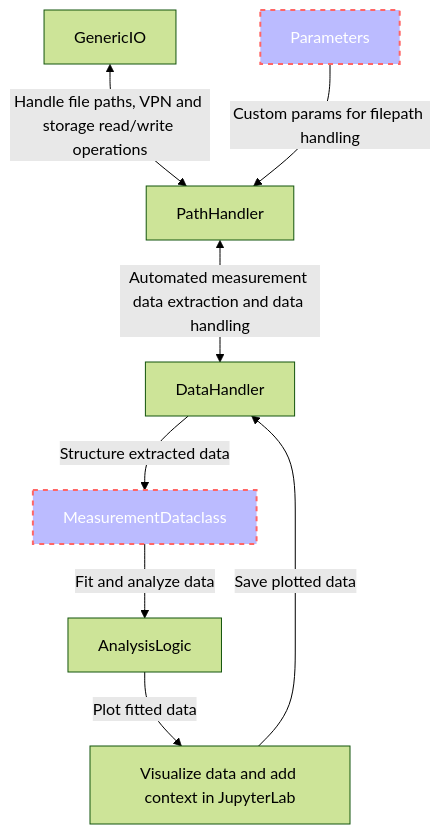
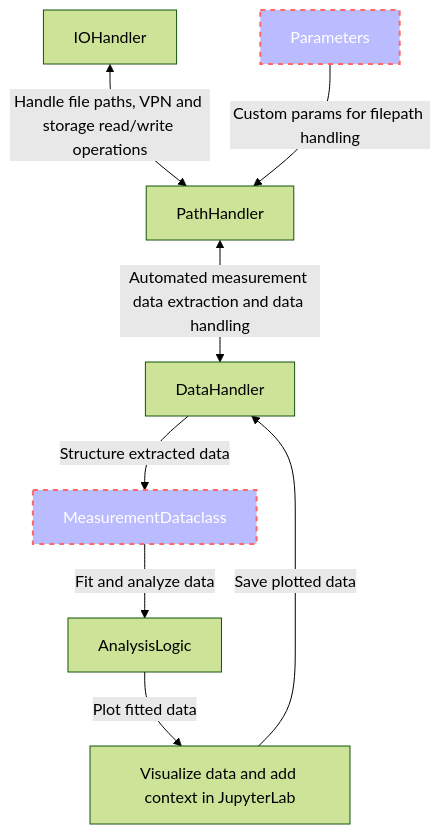
Before and after one commit to dineshpinto/qudi-hira-analysis: the first of 2 diagrams in README.md, drawn with Mermaid (forest theme). The commit also changed other lines of this file and 3 other files, not shown here.

````diff
--- a/README.md
+++ b/README.md
@@ -18,12 +34,12 @@
 ```mermaid
 flowchart TD;
-    GenericIO<-- Handle file paths, VPN and storage read/write operations -->PathHandler;
+    IOHandler<-- Handle file paths, VPN and storage read/write operations -->PathHandler;
     PathHandler<-- Automated measurement data extraction and data handling -->DataHandler;
     Parameters-- Custom params for filepath handling -->PathHandler
     DataHandler-- Structure extracted data -->MeasurementDataclass;
     MeasurementDataclass-- Fit and analyze data -->AnalysisLogic;
     AnalysisLogic-- Plot fitted data --> Plot[Visualize data and add context in JupyterLab];
     Plot-- Save plotted data --> DataHandler;
     style MeasurementDataclass fill:#bbf,stroke:#f66,stroke-width:2px,color:#fff,stroke-dasharray: 5 5
     style Parameters fill:#bbf,stroke:#f66,stroke-width:2px,color:#fff,stroke-dasharray: 5 5
 ```
````
